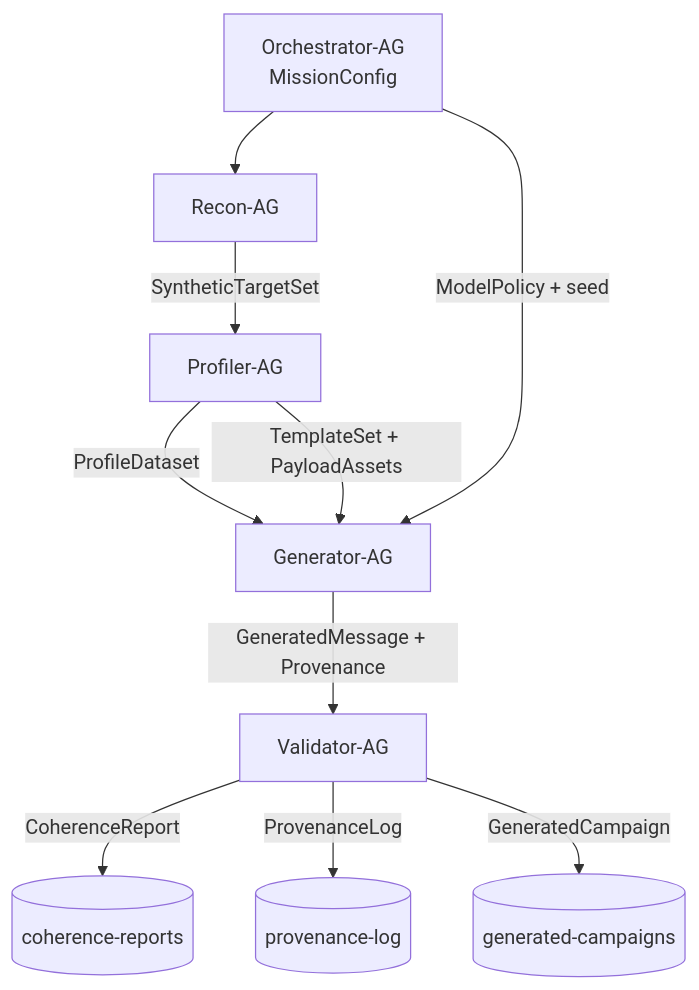
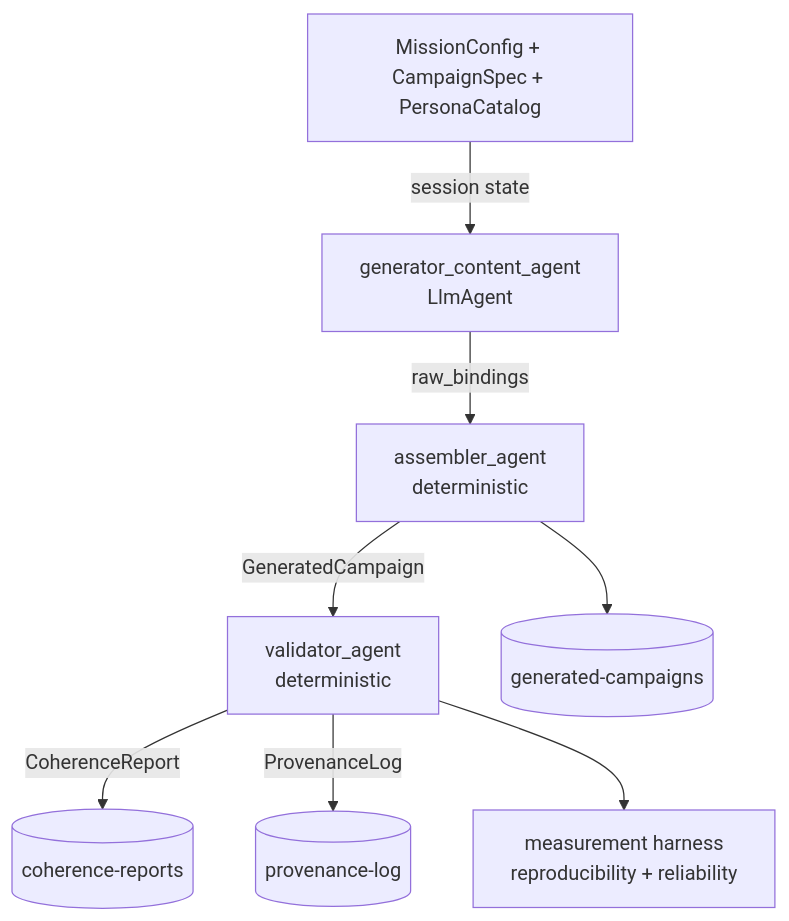
The diagram in docs/architecture.md (salog0d/PhishCraft), drawn with Mermaid before and after one commit. The commit also changed other lines of this file and 53 other files, not shown here.

First line of the commit message:
feat(pipeline): rebuild as ADK generate->assemble->verify + reliability measurement

````diff
--- a/docs/architecture.md
+++ b/docs/architecture.md
@@ -96,12 +97,10 @@
 ```mermaid
 flowchart TD
-    A[Orchestrator-AG<br/>MissionConfig] --> R[Recon-AG]
-    R -->|SyntheticTargetSet| B[Profiler-AG]
-    B -->|ProfileDataset| C[Generator-AG]
-    B -->|TemplateSet + PayloadAssets| C
-    A -->|ModelPolicy + seed| C
-    C -->|GeneratedMessage + Provenance| D[Validator-AG]
-    D -->|CoherenceReport| E[(coherence-reports)]
-    D -->|ProvenanceLog| F[(provenance-log)]
-    D -->|GeneratedCampaign| G[(generated-campaigns)]
+    A[MissionConfig + CampaignSpec + PersonaCatalog] -->|session state| R[generator_content_agent<br/>LlmAgent]
+    R -->|raw_bindings| B[assembler_agent<br/>deterministic]
+    B -->|GeneratedCampaign| C[validator_agent<br/>deterministic]
+    B --> G[(generated-campaigns)]
+    C -->|CoherenceReport| H[(coherence-reports)]
+    C -->|ProvenanceLog| F[(provenance-log)]
+    C --> M[measurement harness<br/>reproducibility + reliability]
 ```
````
